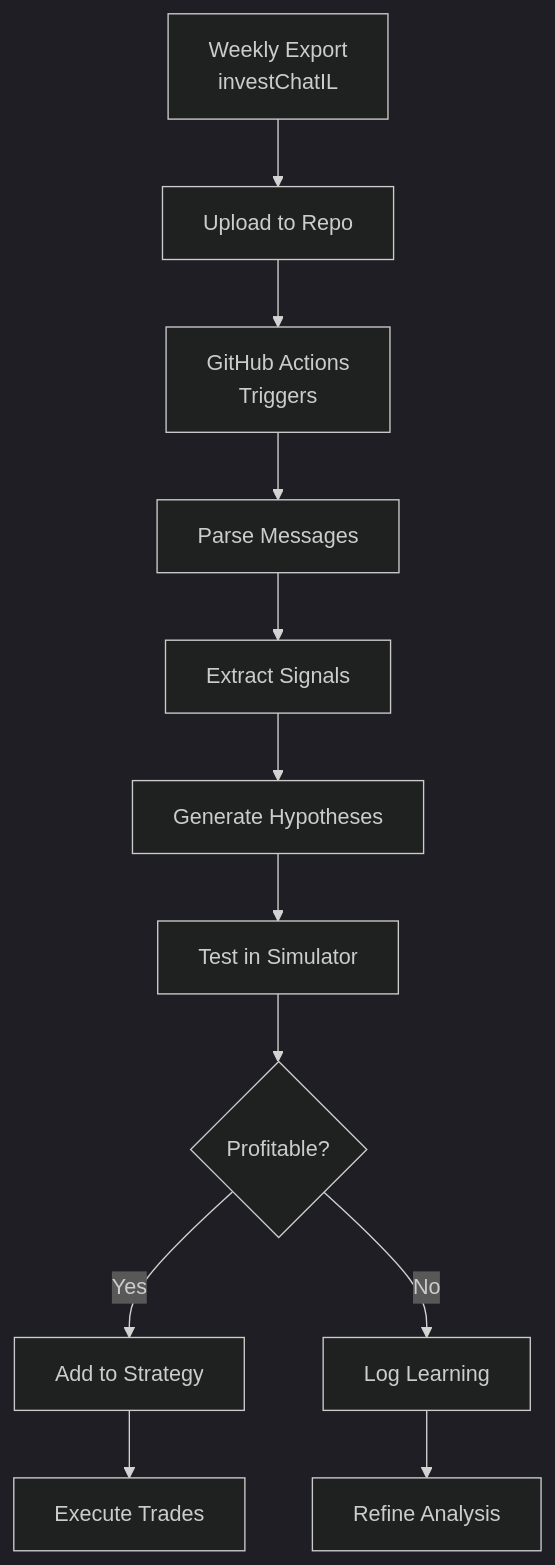
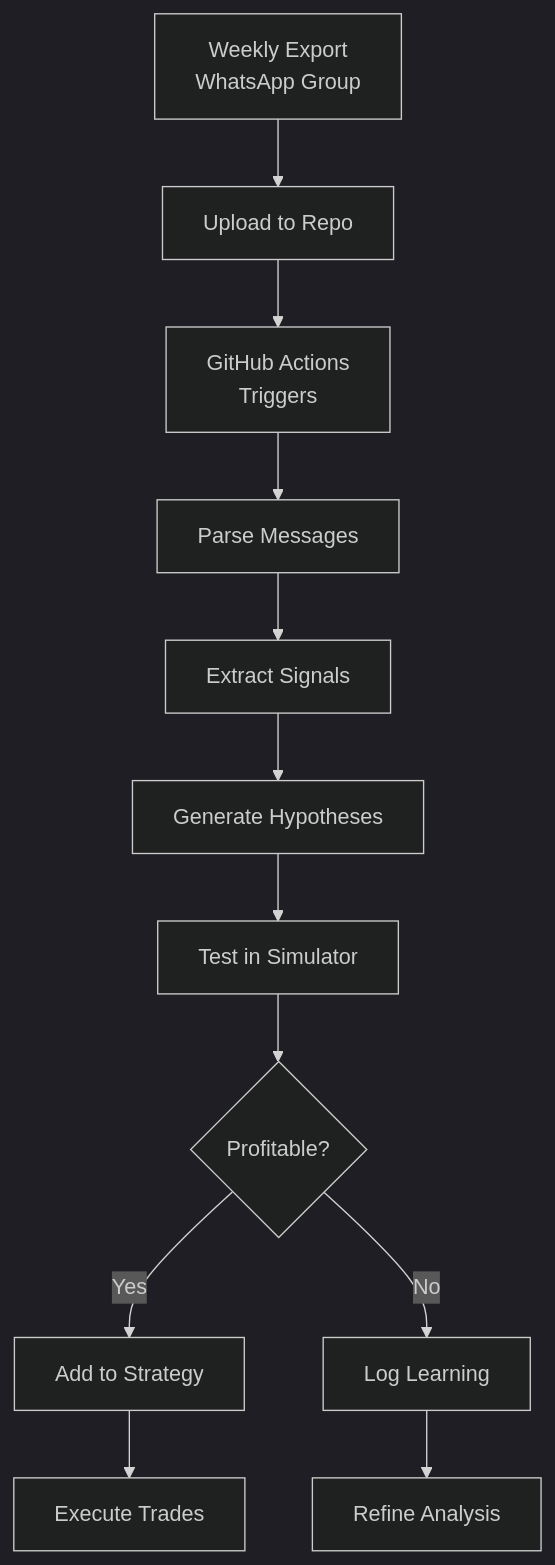
The second of 2 diagrams in ai-options-trading-bot/docs/WHATSAPP_INTEGRATION.md (liorsolomon/ai-options-trading-bot), drawn with Mermaid (dark theme) before and after one commit. The commit also changed other lines of this file and 6 other files, not shown here.

First line of the commit message:
Make WhatsApp integration fully configurable and private

````diff
--- a/ai-options-trading-bot/docs/WHATSAPP_INTEGRATION.md
+++ b/ai-options-trading-bot/docs/WHATSAPP_INTEGRATION.md
@@ -136,14 +138,14 @@
 ```mermaid
 flowchart TD
-    A[Weekly Export<br/>investChatIL] --> B[Upload to Repo]
+    A[Weekly Export<br/>WhatsApp Group] --> B[Upload to Repo]
     B --> C[GitHub Actions<br/>Triggers]
     C --> D[Parse Messages]
     D --> E[Extract Signals]
     E --> F[Generate Hypotheses]
     F --> G[Test in Simulator]
     G --> H{Profitable?}
     H -->|Yes| I[Add to Strategy]
     H -->|No| J[Log Learning]
     I --> K[Execute Trades]
     J --> L[Refine Analysis]
 ```
````
